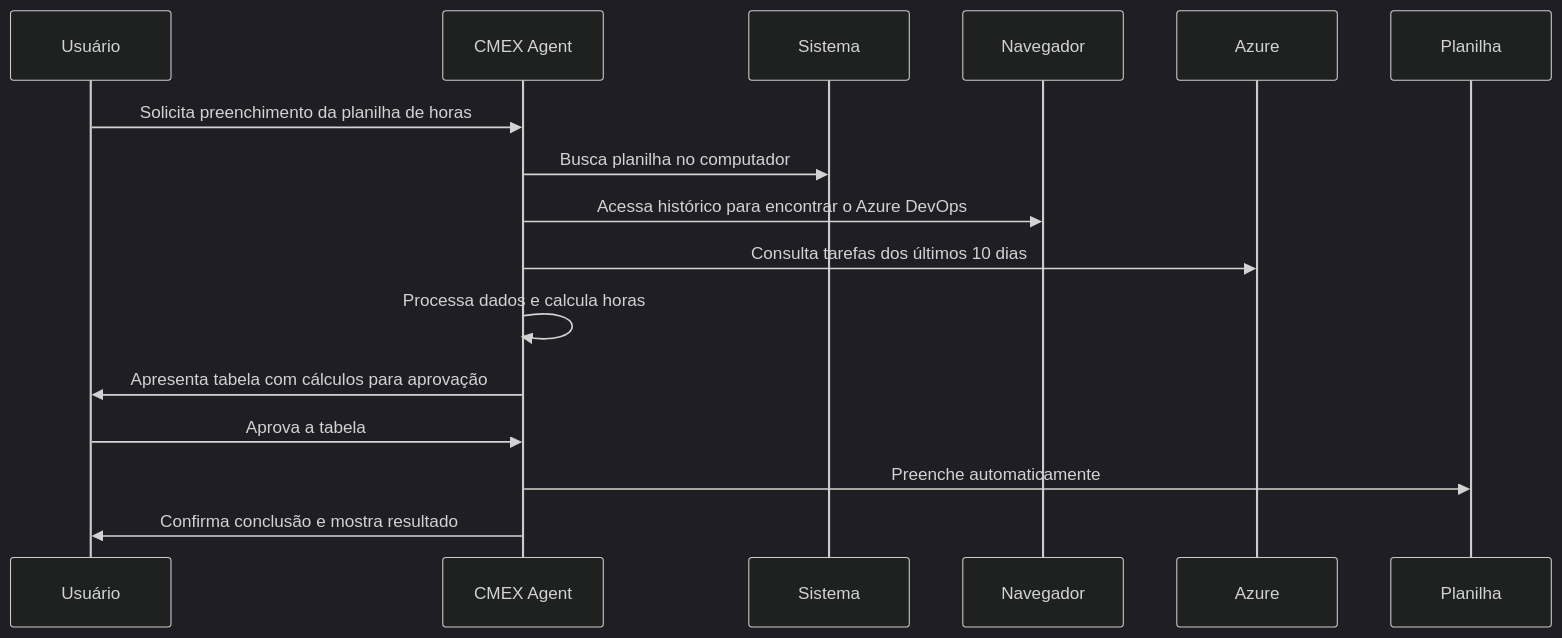
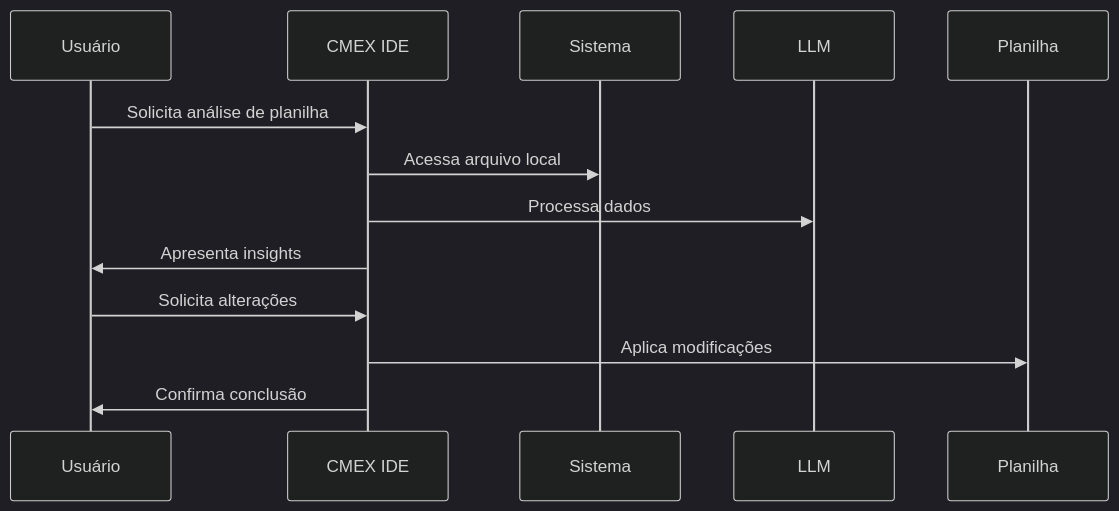
One commit to nextlw/cmex_poc changed the third of 7 diagrams in docs/apresentacao/agente_ia_generativo-press.md. Above: the diagram before and after it, drawn with Mermaid (dark theme). The commit also changed other lines of this file and 7 other files, not shown here.

````diff
--- a/docs/apresentacao/agente_ia_generativo-press.md
+++ b/docs/apresentacao/agente_ia_generativo-press.md
@@ -73,12 +69,10 @@
 ```mermaid
 sequenceDiagram
-    Usuário->>CMEX Agent: Solicita preenchimento da planilha de horas
-    CMEX Agent->>Sistema: Busca planilha no computador
-    CMEX Agent->>Navegador: Acessa histórico para encontrar o Azure DevOps
-    CMEX Agent->>Azure: Consulta tarefas dos últimos 10 dias
-    CMEX Agent->>CMEX Agent: Processa dados e calcula horas
-    CMEX Agent->>Usuário: Apresenta tabela com cálculos para aprovação
-    Usuário->>CMEX Agent: Aprova a tabela
-    CMEX Agent->>Planilha: Preenche automaticamente
-    CMEX Agent->>Usuário: Confirma conclusão e mostra resultado
+    Usuário->>CMEX IDE: Solicita análise de planilha
+    CMEX IDE->>Sistema: Acessa arquivo local
+    CMEX IDE->>LLM: Processa dados
+    CMEX IDE->>Usuário: Apresenta insights
+    Usuário->>CMEX IDE: Solicita alterações
+    CMEX IDE->>Planilha: Aplica modificações
+    CMEX IDE->>Usuário: Confirma conclusão
 ```
````
